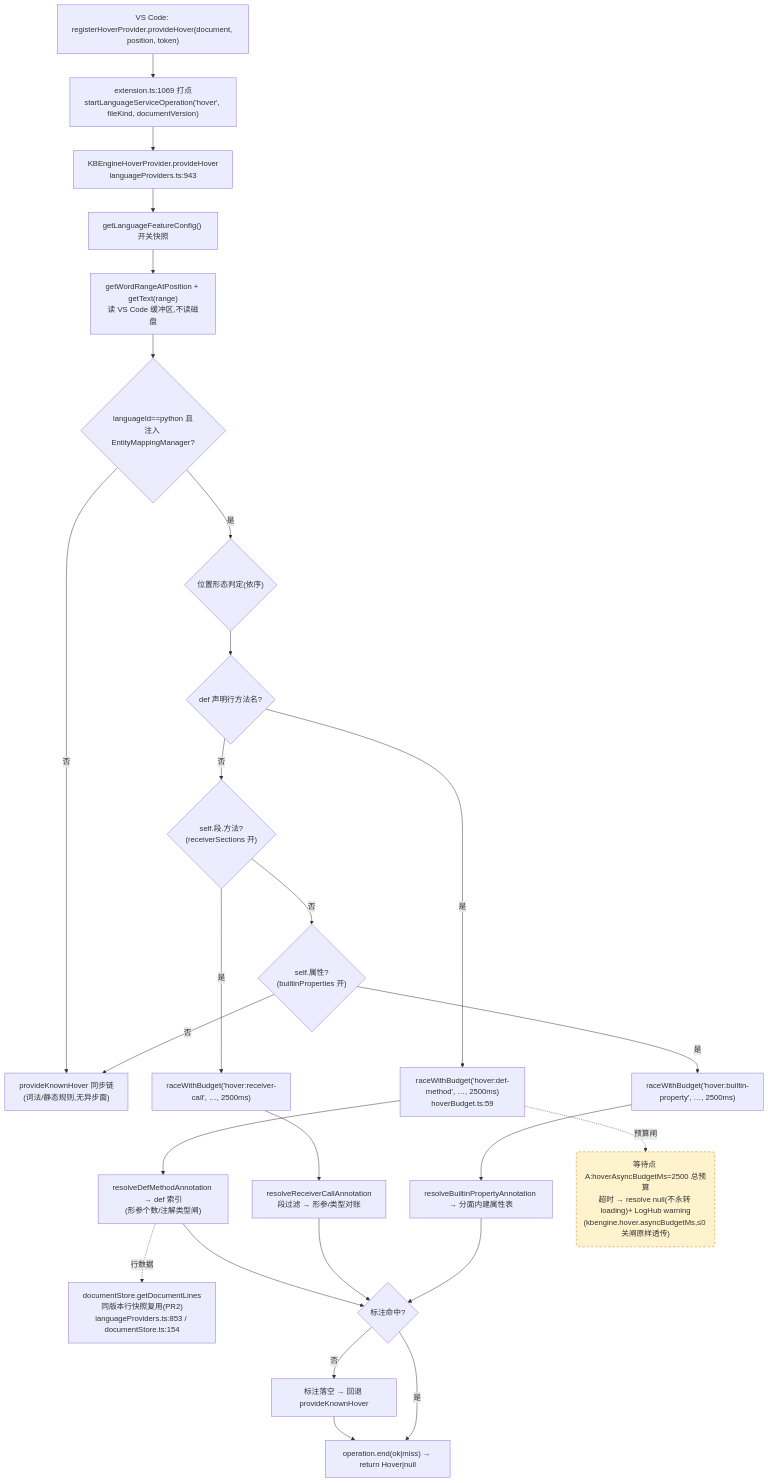
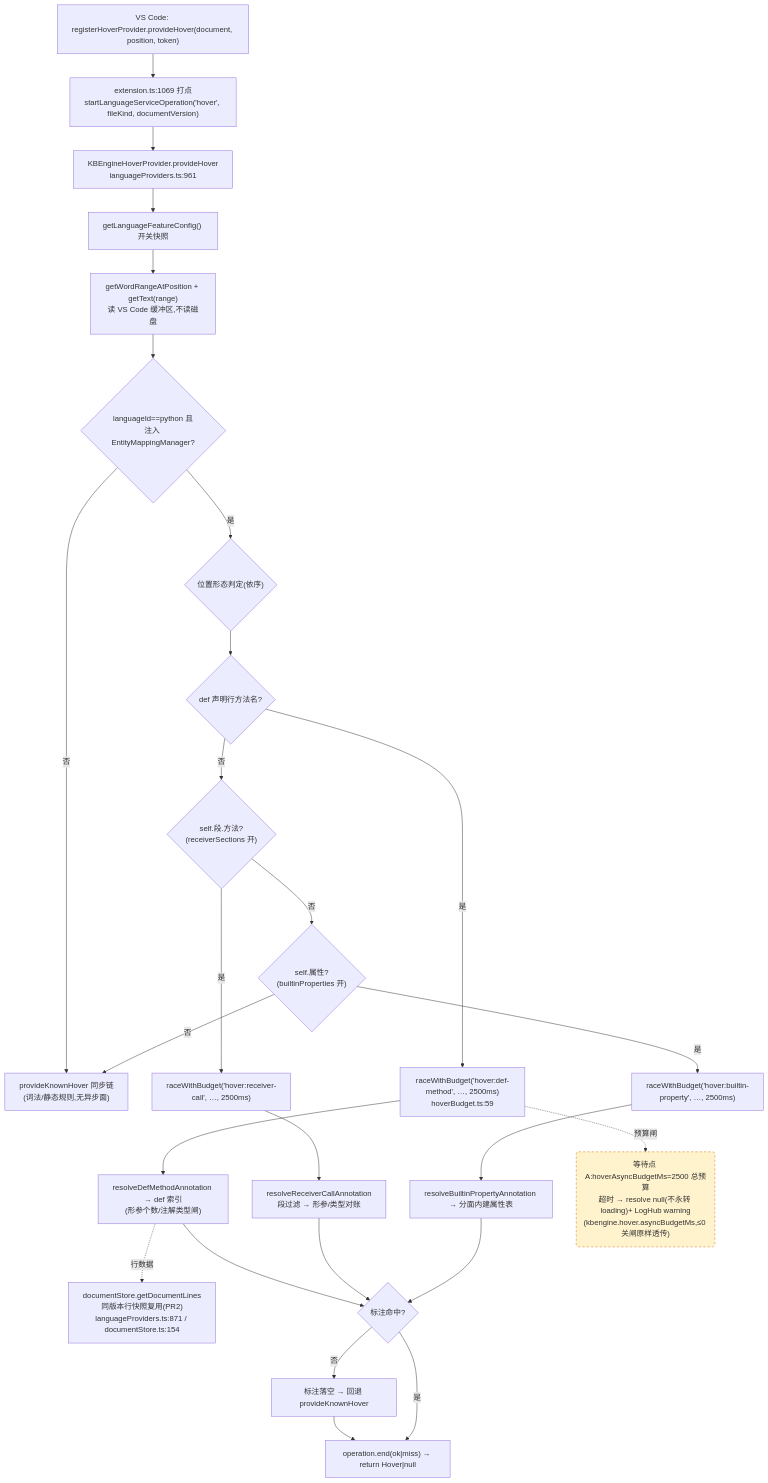
One commit to cuihairu/kode changed the first of 4 diagrams in docs/perf/2026-baseline.md. Above: the diagram before and after it, drawn with Mermaid. The commit also changed other lines of this file and 20 other files, not shown here.

Commit message:
feat: kbengine python api docs hover (C-21)

````diff
--- a/docs/perf/2026-baseline.md
+++ b/docs/perf/2026-baseline.md
@@ -82,45 +82,45 @@
 ```mermaid
 flowchart TD
   VC1["VS Code: registerHoverProvider.provideHover(document, position, token)"]
   M1["extension.ts:1069 打点<br/>startLanguageServiceOperation('hover', fileKind, documentVersion)"]
-  HP["KBEngineHoverProvider.provideHover<br/>languageProviders.ts:943"]
+  HP["KBEngineHoverProvider.provideHover<br/>languageProviders.ts:961"]
   CFG["getLanguageFeatureConfig() 开关快照"]
   WORD["getWordRangeAtPosition + getText(range)<br/>读 VS Code 缓冲区,不读磁盘"]
   BR{"languageId==python 且<br/>注入 EntityMappingManager?"}
   KN["provideKnownHover 同步链<br/>(词法/静态规则,无异步面)"]
   POS{"位置形态判定(依序)"}
   D1{"def 声明行方法名?"}
   D2{"self.段.方法?<br/>(receiverSections 开)"}
   D3{"self.属性?<br/>(builtinProperties 开)"}
   RA1["raceWithBudget('hover:def-method', …, 2500ms)<br/>hoverBudget.ts:59"]
   RA2["raceWithBudget('hover:receiver-call', …, 2500ms)"]
   RA3["raceWithBudget('hover:builtin-property', …, 2500ms)"]
   RS1["resolveDefMethodAnnotation → def 索引<br/>(形参个数/注解类型闸)"]
   RS2["resolveReceiverCallAnnotation<br/>段过滤 → 形参/类型对账"]
   RS3["resolveBuiltinPropertyAnnotation → 分面内建属性表"]
-  LINES["documentStore.getDocumentLines<br/>同版本行快照复用(PR2)<br/>languageProviders.ts:853 / documentStore.ts:154"]
+  LINES["documentStore.getDocumentLines<br/>同版本行快照复用(PR2)<br/>languageProviders.ts:871 / documentStore.ts:154"]
   MISS["标注落空 → 回退 provideKnownHover"]
   END1["operation.end(ok|miss) → return Hover|null"]
 
   VC1 --> M1 --> HP --> CFG --> WORD --> BR
   BR -- "否" --> KN
   BR -- "是" --> POS --> D1
   D1 -- "是" --> RA1 --> RS1
   D1 -- "否" --> D2
   D2 -- "是" --> RA2 --> RS2
   D2 -- "否" --> D3
   D3 -- "是" --> RA3 --> RS3
   D3 -- "否" --> KN
   RS1 --> HIT{"标注命中?"}
   RS2 --> HIT
   RS3 --> HIT
   RS1 -.->|行数据| LINES
   HIT -- "否" --> MISS --> END1
   HIT -- "是" --> END1
 
   WAITA("等待点 A:hoverAsyncBudgetMs=2500 总预算<br/>超时 → resolve null(不永转 loading)+ LogHub warning<br/>(kbengine.hover.asyncBudgetMs,≤0 关闸原样透传)")
   RA1 -.->|预算闸| WAITA
 
   classDef waitPoint fill:#fff3cd,stroke:#d97706,stroke-dasharray:5 4;
   class WAITA waitPoint;
 ```
````
